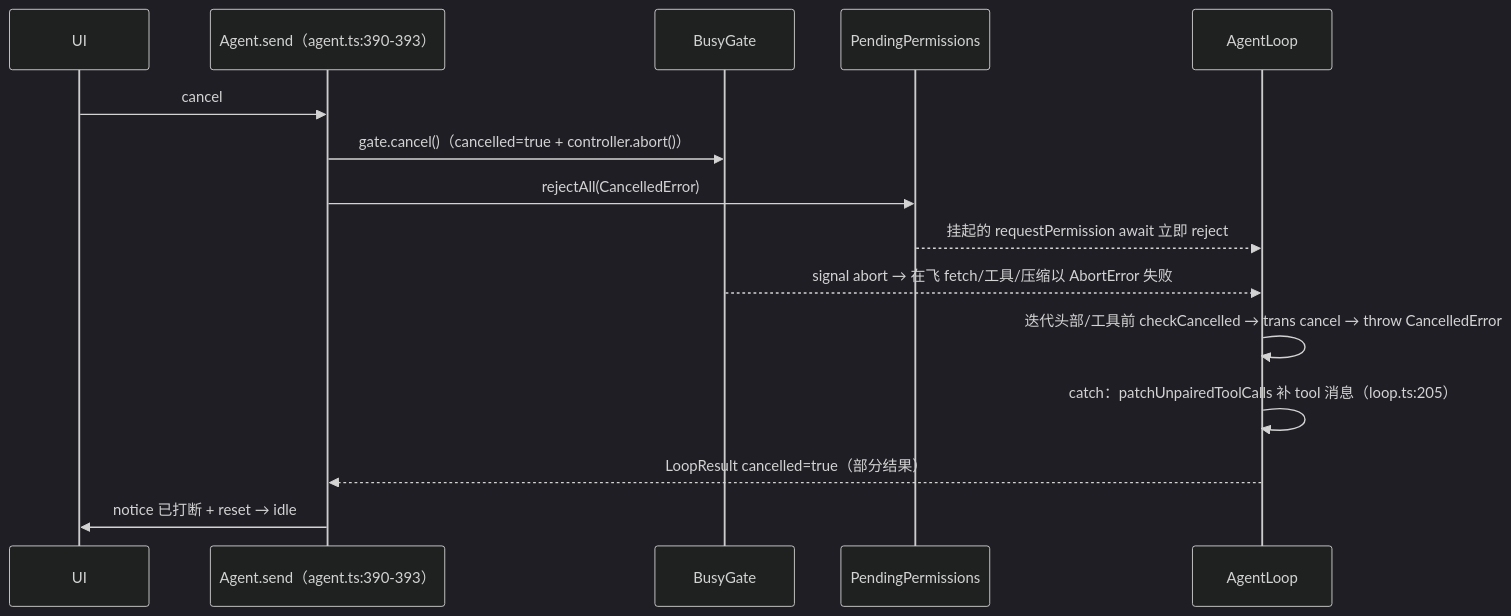
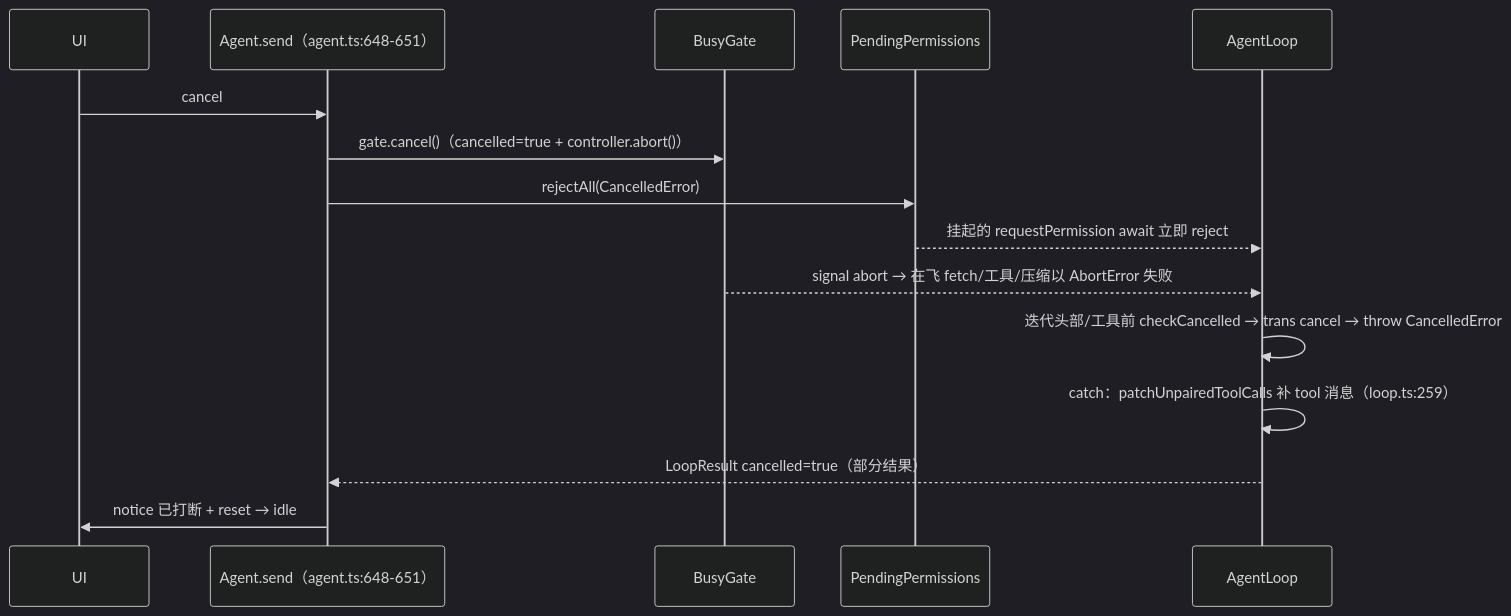
Before and after one commit to Doggez1G/DogEggAgent: the fourth of 4 diagrams in docs/versions/0.2/02-设计实现/02-对话轮次引擎.md, drawn with Mermaid (dark theme). The commit also changed other lines of this file and 39 other files, not shown here.

````diff
--- a/docs/versions/0.2/02-设计实现/02-对话轮次引擎.md
+++ b/docs/versions/0.2/02-设计实现/02-对话轮次引擎.md
@@ -324,18 +339,18 @@
 ```mermaid
 sequenceDiagram
   participant U as UI
-  participant A as Agent.send（agent.ts:390-393）
+  participant A as Agent.send（agent.ts:648-651）
   participant G as BusyGate
   participant P as PendingPermissions
   participant L as AgentLoop
 
   U->>A: cancel
   A->>G: gate.cancel()（cancelled=true + controller.abort()）
   A->>P: rejectAll(CancelledError)
   P-->>L: 挂起的 requestPermission await 立即 reject
   G-->>L: signal abort → 在飞 fetch/工具/压缩以 AbortError 失败
   L->>L: 迭代头部/工具前 checkCancelled → trans cancel → throw CancelledError
-  L->>L: catch：patchUnpairedToolCalls 补 tool 消息（loop.ts:205）
+  L->>L: catch：patchUnpairedToolCalls 补 tool 消息（loop.ts:259）
   L-->>A: LoopResult cancelled=true（部分结果）
   A->>U: notice 已打断 + reset → idle
 ```
````
